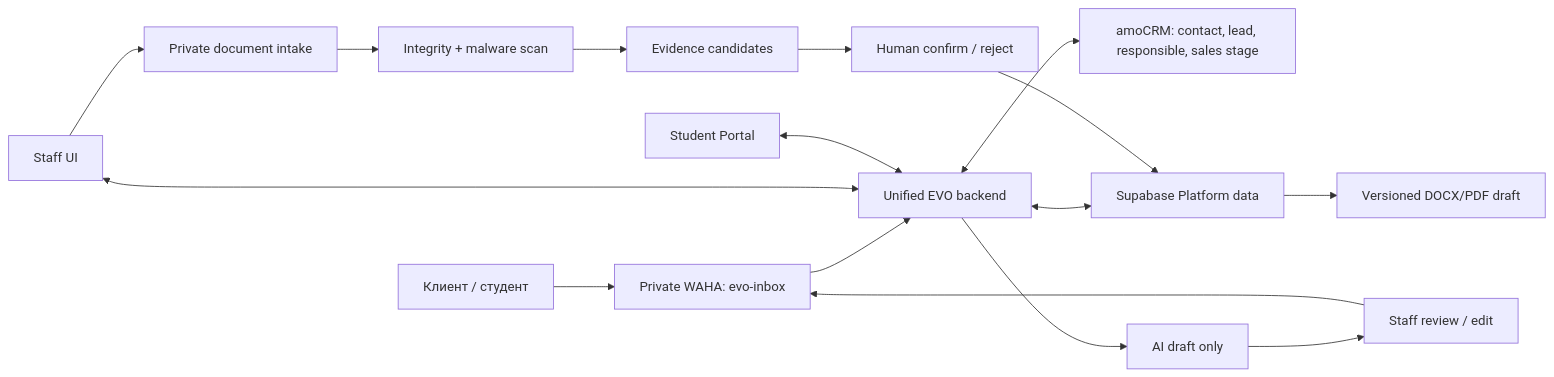
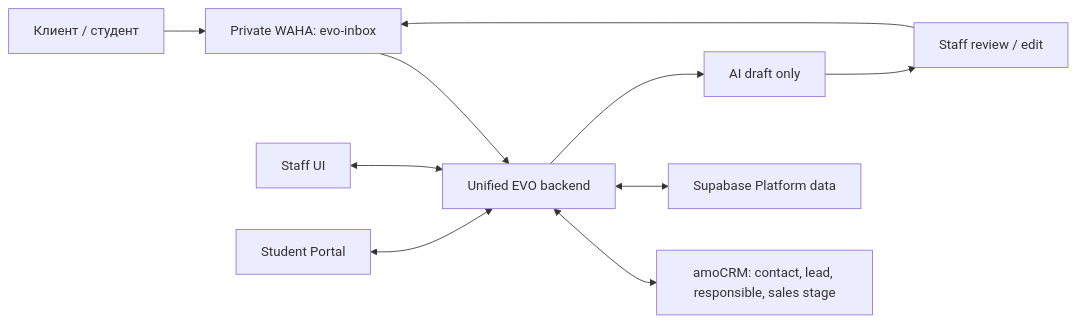
One commit to izzhackt/evo_AI_CRM changed the diagram in docs/platform/system-overview.md. Above: the diagram before and after it, drawn with Mermaid. The commit also changed other lines of this file and 12 other files, not shown here.

````diff
--- a/docs/platform/system-overview.md
+++ b/docs/platform/system-overview.md
@@ -57,18 +66,12 @@
 ```mermaid
 flowchart LR
   Customer["Клиент / студент"] --> Waha["Private WAHA: evo-inbox"]
   Waha --> Platform["Unified EVO backend"]
   Platform <--> Amo["amoCRM: contact, lead, responsible, sales stage"]
   Platform <--> Data["Supabase Platform data"]
   Staff["Staff UI"] <--> Platform
   Portal["Student Portal"] <--> Platform
-  Staff --> Intake["Private document intake"]
-  Intake --> Scan["Integrity + malware scan"]
-  Scan --> Extract["Evidence candidates"]
-  Extract --> Confirm["Human confirm / reject"]
-  Confirm --> Data
-  Data --> Export["Versioned DOCX/PDF draft"]
   Platform --> Draft["AI draft only"]
   Draft --> Review["Staff review / edit"]
   Review --> Waha
 ```
````
